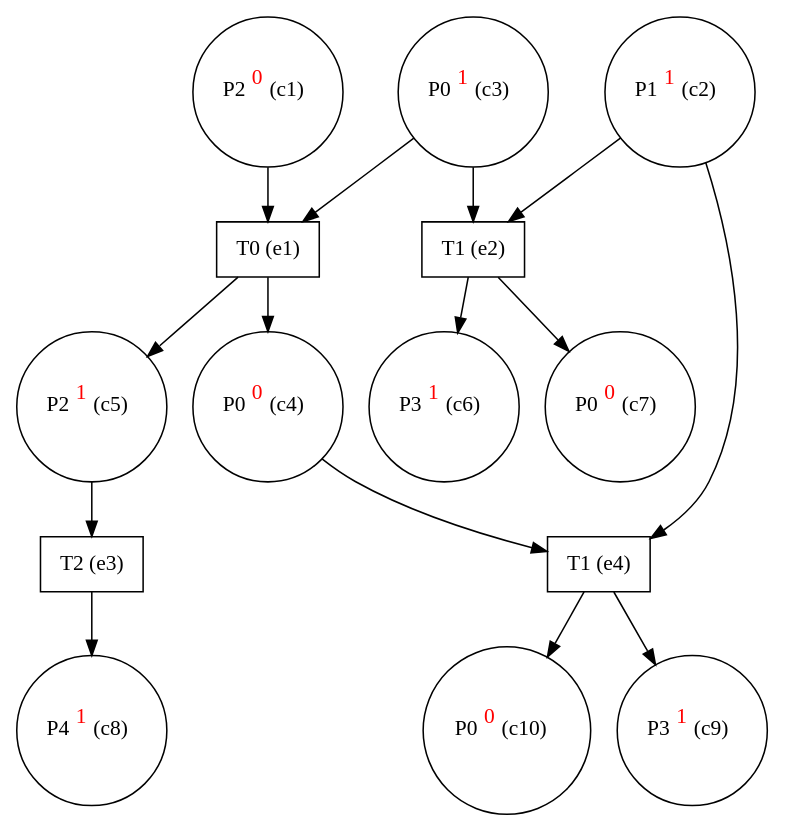
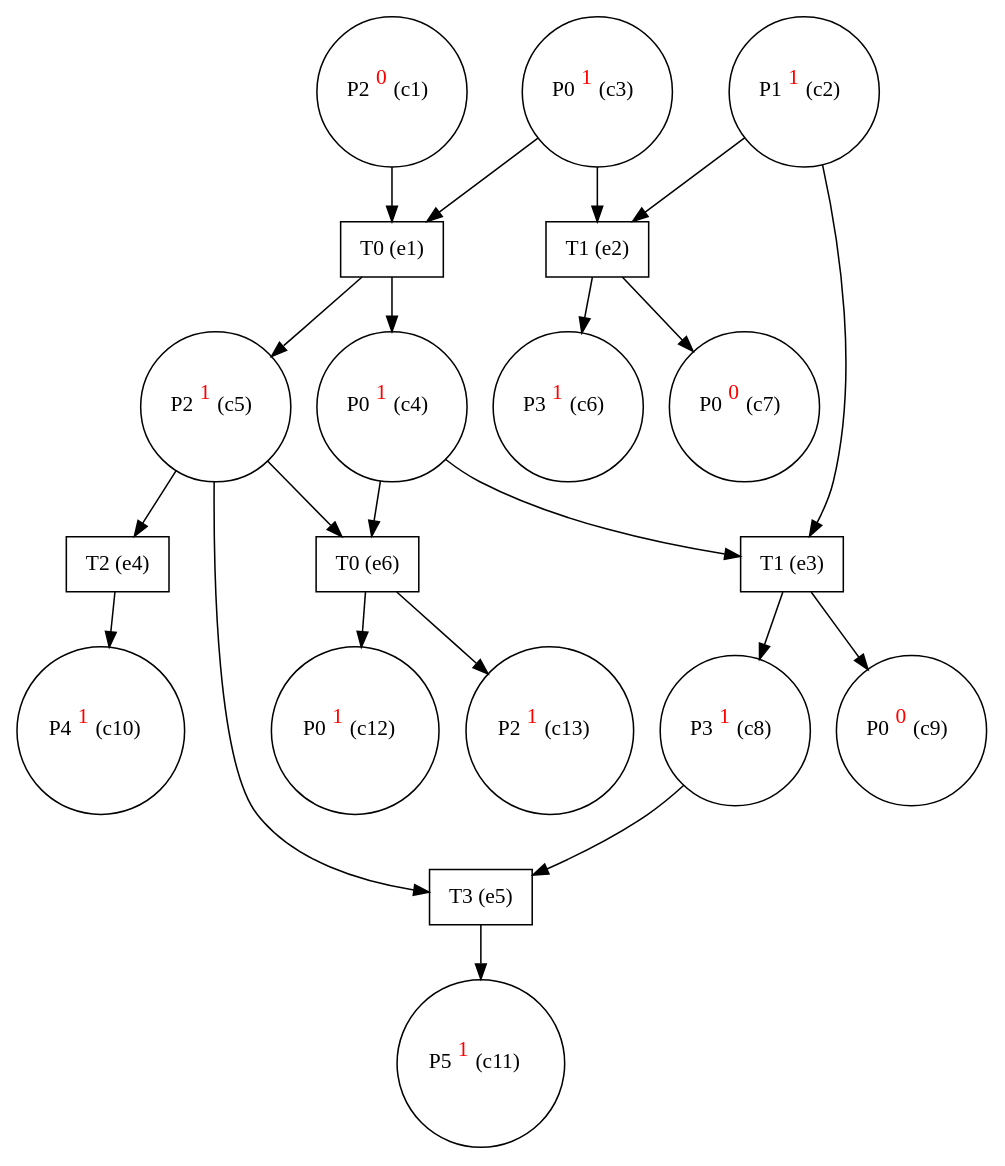
The diagram in small_eg.dot (giannkas/ecofolder), drawn with Graphviz before and after one commit. The commit also changed 18 other files, not shown here.

```diff
--- a/small_eg.dot
+++ b/small_eg.dot
@@ -1,30 +1,42 @@
 digraph test {
   c1 -> e1;
-  c2 -> e4;
+  c2 -> e3;
   c2 -> e2;
   c3 -> e2;
   c3 -> e1;
   e1 -> c4;
-  c4 -> e4;
+  c4 -> e3;
+  c4 -> e6;
   e1 -> c5;
-  c5 -> e3;
+  c5 -> e5;
+  c5 -> e4;
+  c5 -> e6;
   e2 -> c6;
   e2 -> c7;
   e3 -> c8;
-  e4 -> c9;
+  c8 -> e5;
+  e3 -> c9;
   e4 -> c10;
+  e5 -> c11;
+  e6 -> c12;
+  e6 -> c13;
   c1 [label= <P2<FONT COLOR="red"><SUP>0</SUP></FONT>&nbsp;(c1)> shape=circle];
   c2 [label= <P1<FONT COLOR="red"><SUP>1</SUP></FONT>&nbsp;(c2)> shape=circle];
   c3 [label= <P0<FONT COLOR="red"><SUP>1</SUP></FONT>&nbsp;(c3)> shape=circle];
-  c4 [label= <P0<FONT COLOR="red"><SUP>0</SUP></FONT>&nbsp;(c4)> shape=circle];
+  c4 [label= <P0<FONT COLOR="red"><SUP>1</SUP></FONT>&nbsp;(c4)> shape=circle];
   c5 [label= <P2<FONT COLOR="red"><SUP>1</SUP></FONT>&nbsp;(c5)> shape=circle];
   c6 [label= <P3<FONT COLOR="red"><SUP>1</SUP></FONT>&nbsp;(c6)> shape=circle];
   c7 [label= <P0<FONT COLOR="red"><SUP>0</SUP></FONT>&nbsp;(c7)> shape=circle];
-  c8 [label= <P4<FONT COLOR="red"><SUP>1</SUP></FONT>&nbsp;(c8)> shape=circle];
-  c9 [label= <P3<FONT COLOR="red"><SUP>1</SUP></FONT>&nbsp;(c9)> shape=circle];
-  c10 [label= <P0<FONT COLOR="red"><SUP>0</SUP></FONT>&nbsp;(c10)> shape=circle];
+  c8 [label= <P3<FONT COLOR="red"><SUP>1</SUP></FONT>&nbsp;(c8)> shape=circle];
+  c9 [label= <P0<FONT COLOR="red"><SUP>0</SUP></FONT>&nbsp;(c9)> shape=circle];
+  c10 [label= <P4<FONT COLOR="red"><SUP>1</SUP></FONT>&nbsp;(c10)> shape=circle];
+  c11 [label= <P5<FONT COLOR="red"><SUP>1</SUP></FONT>&nbsp;(c11)> shape=circle];
+  c12 [label= <P0<FONT COLOR="red"><SUP>1</SUP></FONT>&nbsp;(c12)> shape=circle];
+  c13 [label= <P2<FONT COLOR="red"><SUP>1</SUP></FONT>&nbsp;(c13)> shape=circle];
   e1 [label="T0 (e1)" shape=box];
   e2 [label="T1 (e2)" shape=box];
-  e3 [label="T2 (e3)" shape=box];
-  e4 [label="T1 (e4)" shape=box];
+  e3 [label="T1 (e3)" shape=box];
+  e4 [label="T2 (e4)" shape=box];
+  e5 [label="T3 (e5)" shape=box];
+  e6 [label="T0 (e6)" shape=box];
 }
```
